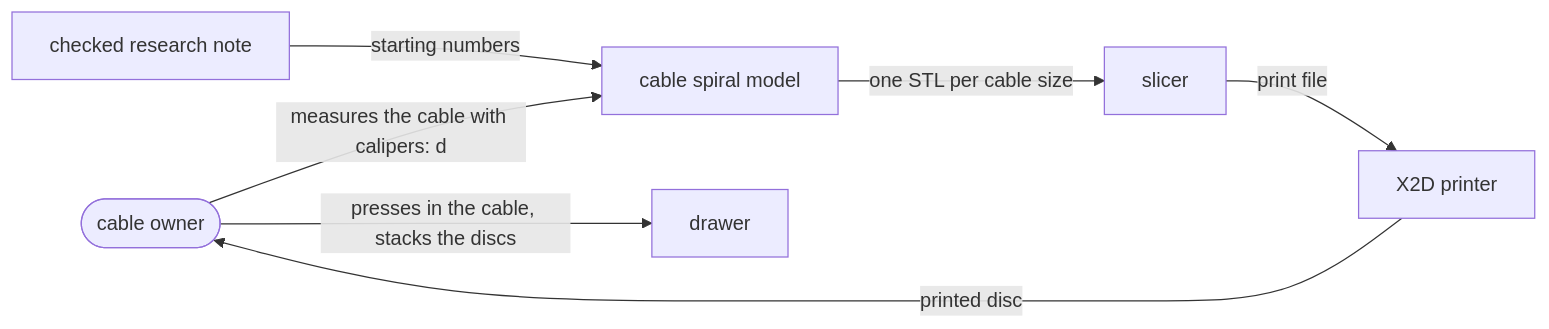
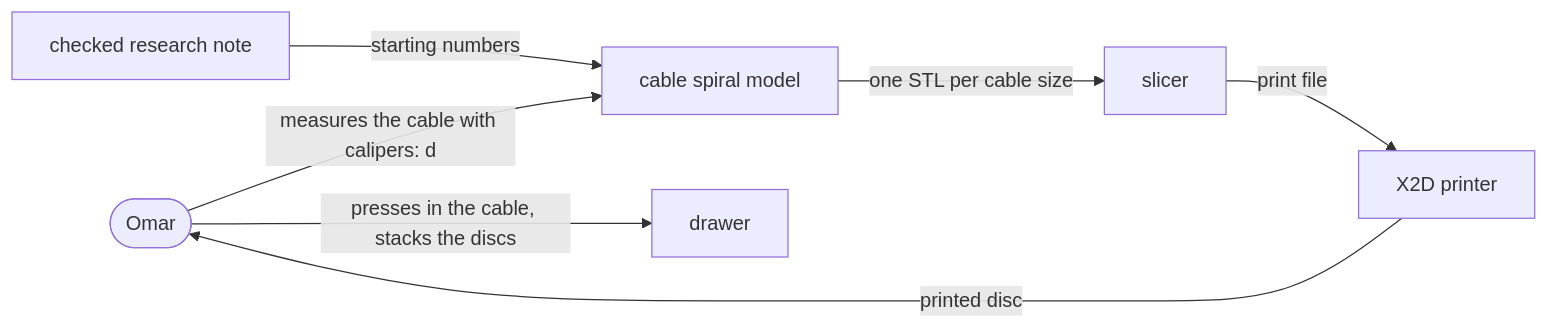
One commit to omars-lab/3d-models changed the first of 3 diagrams in docs/design/pieces/cable-spiral-design.md. Above: the diagram before and after it, drawn with Mermaid. The commit also changed other lines of this file and 6 other files, not shown here.

First line of the commit message:
Cable spiral doc: labeled cut drawing, plain terms, honest grip range

````diff
--- a/docs/design/pieces/cable-spiral-design.md
+++ b/docs/design/pieces/cable-spiral-design.md
@@ -53,9 +54,9 @@
 ```mermaid
 flowchart LR
-  owner(["cable owner"]) -->|"measures the cable with calipers: d"| model["cable spiral model"]
+  omar(["Omar"]) -->|"measures the cable with calipers: d"| model["cable spiral model"]
   model -->|"one STL per cable size"| slicer["slicer"]
   slicer -->|"print file"| printer["X2D printer"]
-  printer -->|"printed disc"| owner
-  owner -->|"presses in the cable, stacks the discs"| drawer["drawer"]
+  printer -->|"printed disc"| omar
+  omar -->|"presses in the cable, stacks the discs"| drawer["drawer"]
   research["checked research note"] -->|"starting numbers"| model
 ```
````
